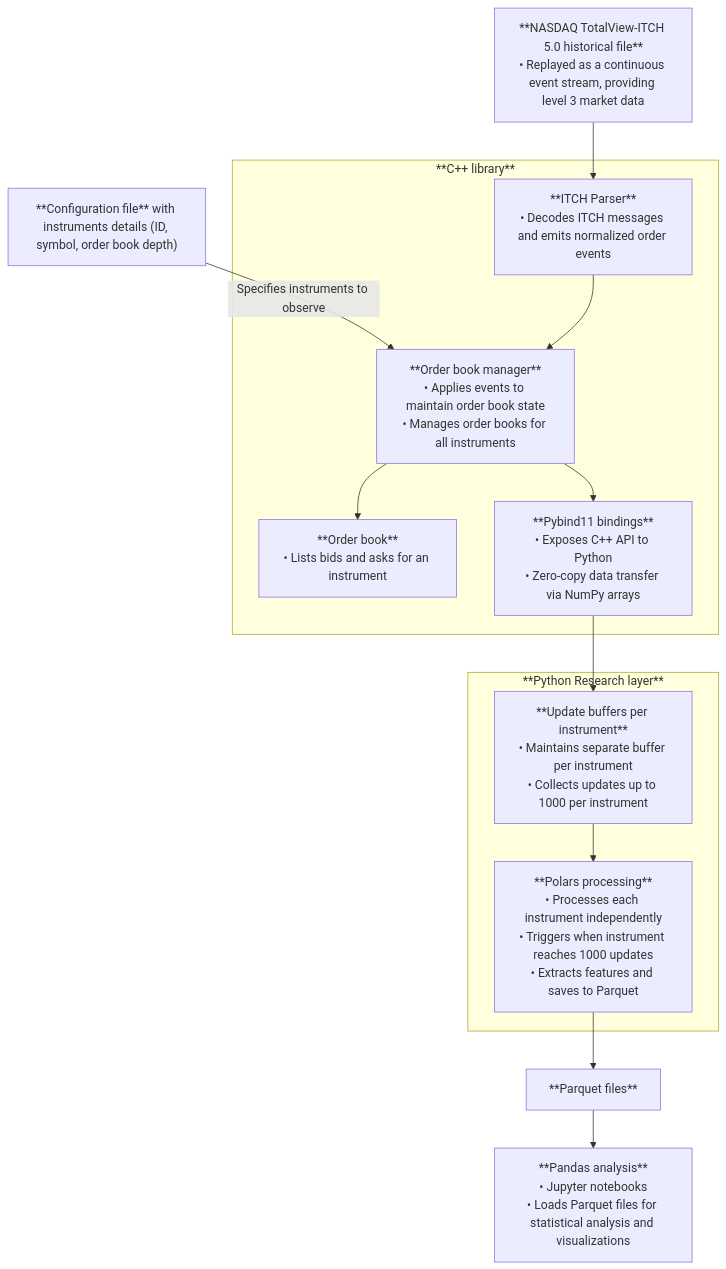
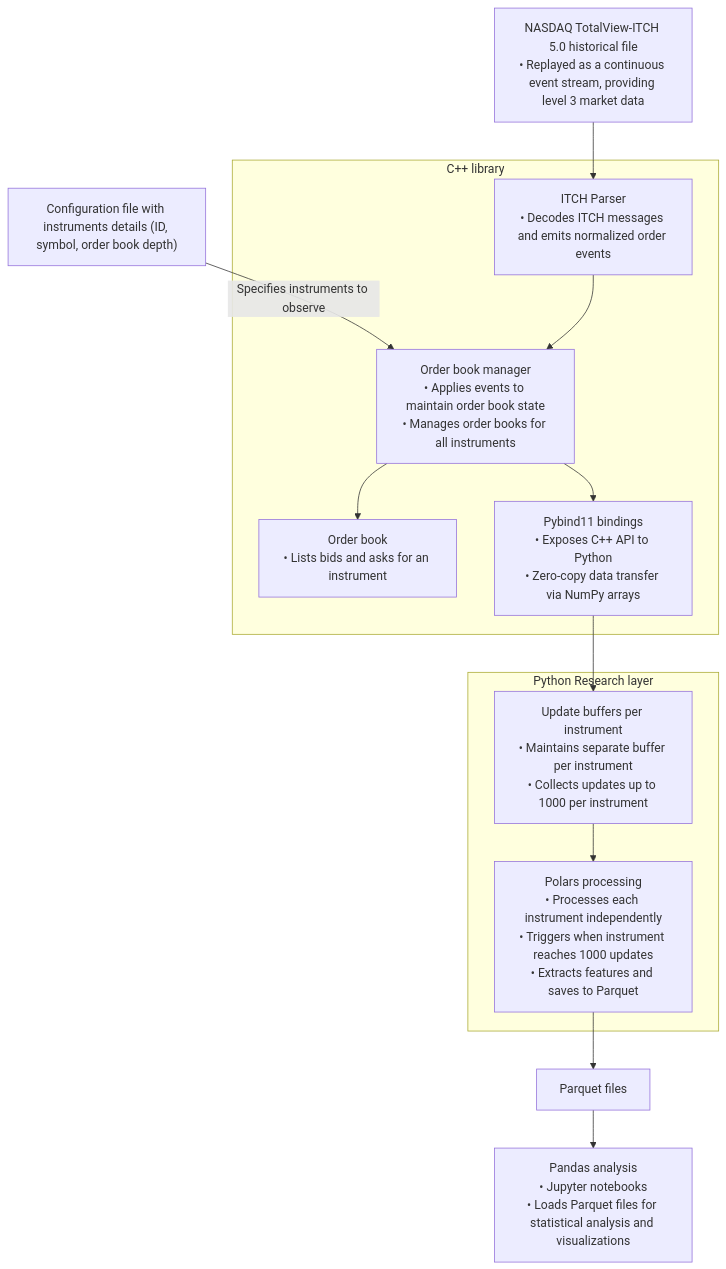
Before and after one commit to sephorah/ITCH-market-data-engine: the diagram in README.md, drawn with Mermaid. The commit also changed other lines of this file, not shown here.

````diff
--- a/README.md
+++ b/README.md
@@ -39,40 +37,40 @@
 ```mermaid
 flowchart TD
 
-    config_file["**Configuration file** with instruments details (ID, symbol, order book depth)"]
+    config_file["Configuration file with instruments details (ID, symbol, order book depth)"]
     
-    nasdaq_itch_file[**NASDAQ TotalView-ITCH 5.0 historical file**<br/>• Replayed as a continuous event stream, providing level 3 market data]
+    nasdaq_itch_file[NASDAQ TotalView-ITCH 5.0 historical file<br/>• Replayed as a continuous event stream, providing level 3 market data]
 
-    subgraph cpp_server[**C++ library**]
+    subgraph cpp_server[C++ library]
 
-        itch_parser["**ITCH Parser**<br/>• Decodes ITCH messages and emits normalized order events"]
+        itch_parser["ITCH Parser<br/>• Decodes ITCH messages and emits normalized order events"]
 
-        order_book_manager[**Order book manager**<br/>• Applies events to maintain order book state<br/>• Manages order books for all instruments]
+        order_book_manager[Order book manager<br/>• Applies events to maintain order book state<br/>• Manages order books for all instruments]
         
-        order_book[**Order book**<br/>• Lists bids and asks for an instrument]
+        order_book[Order book<br/>• Lists bids and asks for an instrument]
 
-        pybind11_interface[**Pybind11 bindings**<br/>• Exposes C++ API to Python<br/>• Zero-copy data transfer via NumPy arrays]
+        pybind11_interface[Pybind11 bindings<br/>• Exposes C++ API to Python<br/>• Zero-copy data transfer via NumPy arrays]
     end
 
-    subgraph python_layer[**Python Research layer**]
+    subgraph python_layer[Python Research layer]
 
-        update_buffers[**Update buffers per instrument**<br/>• Maintains separate buffer per instrument<br/>• Collects updates up to 1000 per instrument]
+        update_buffers[Update buffers per instrument<br/>• Maintains separate buffer per instrument<br/>• Collects updates up to 1000 per instrument]
 
-        polars_processing[**Polars processing**<br/>• Processes each instrument independently<br/>• Triggers when instrument reaches 1000 updates<br/>• Extracts features and saves to Parquet]
+        polars_processing[Polars processing<br/>• Processes each instrument independently<br/>• Triggers when instrument reaches 1000 updates<br/>• Extracts features and saves to Parquet]
     end
 
-    parquet_files[**Parquet files**]
+    parquet_files[Parquet files]
     
-    pandas_analysis[**Pandas analysis**<br/>• Jupyter notebooks<br/>• Loads Parquet files for statistical analysis and visualizations]
+    pandas_analysis[Pandas analysis<br/>• Jupyter notebooks<br/>• Loads Parquet files for statistical analysis and visualizations]
 
 
     config_file -->|Specifies instruments to observe| order_book_manager
     order_book_manager --> order_book
     nasdaq_itch_file --> itch_parser
     itch_parser --> order_book_manager
     order_book_manager --> pybind11_interface
     pybind11_interface --> update_buffers
     update_buffers --> polars_processing
     polars_processing --> parquet_files
     parquet_files --> pandas_analysis
 ```
````
